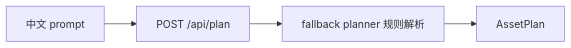
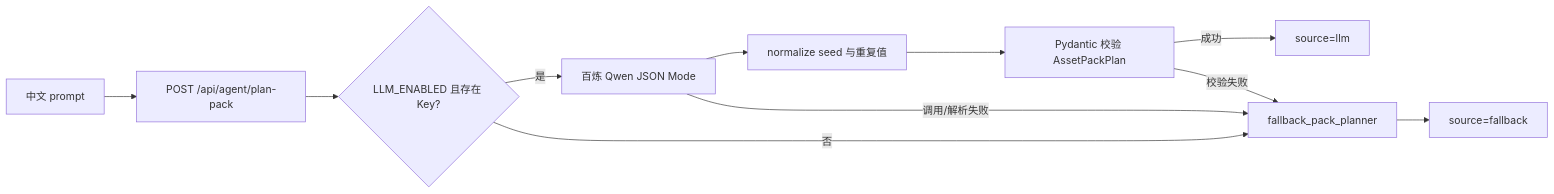
One commit to px-ego/game-asset-forge changed the third of 3 diagrams in docs/ARCHITECTURE.md. Above: the diagram before and after it, drawn with Mermaid. The commit also changed other lines of this file and 25 other files, not shown here.

````diff
--- a/docs/ARCHITECTURE.md
+++ b/docs/ARCHITECTURE.md
@@ -129,6 +137,13 @@
 ```mermaid
 flowchart LR
-  P["中文 prompt"] --> R["POST /api/plan"]
-  R --> F["fallback planner 规则解析"]
-  F --> S["AssetPlan"]
+  P["中文 prompt"] --> R["POST /api/agent/plan-pack"]
+  R --> C{"LLM_ENABLED 且存在 Key?"}
+  C -->|"是"| L["百炼 Qwen JSON Mode"]
+  L --> N["normalize seed 与重复值"]
+  N --> V["Pydantic 校验 AssetPackPlan"]
+  V -->|"成功"| S["source=llm"]
+  L -->|"调用/解析失败"| F["fallback_pack_planner"]
+  V -->|"校验失败"| F
+  C -->|"否"| F
+  F --> T["source=fallback"]
 ```
````
